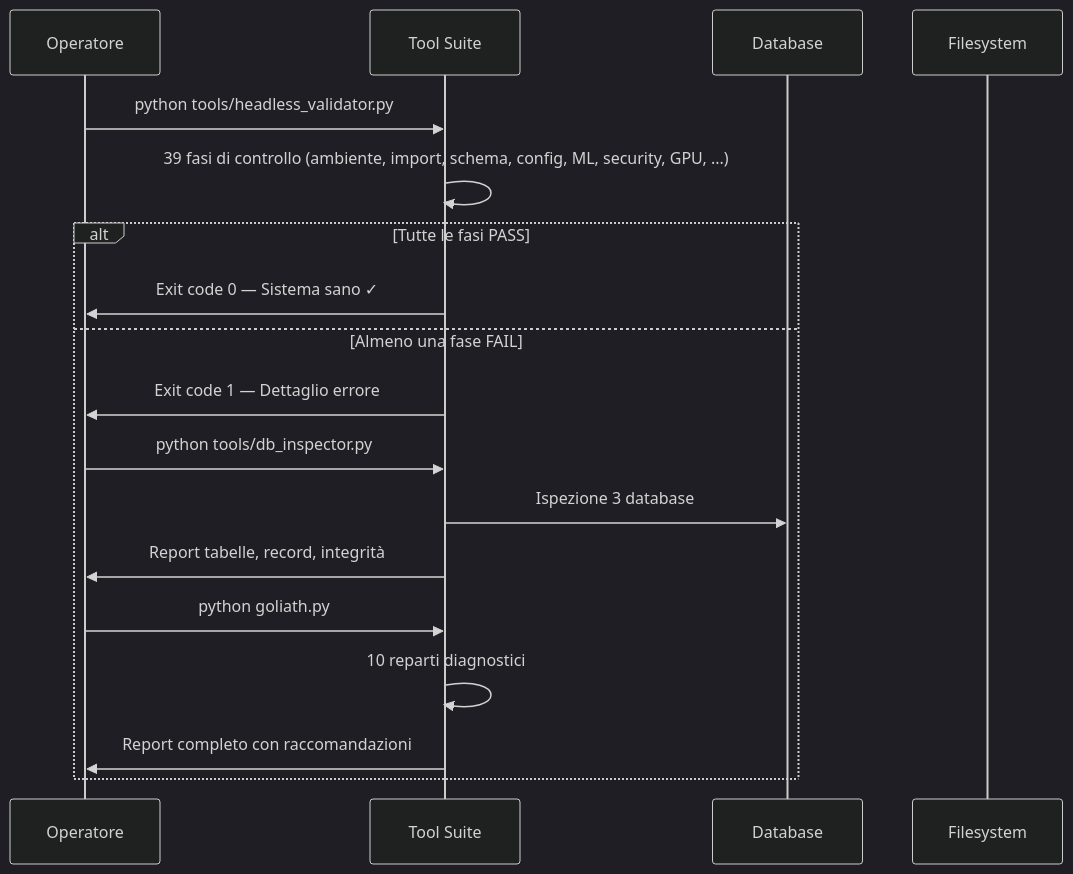
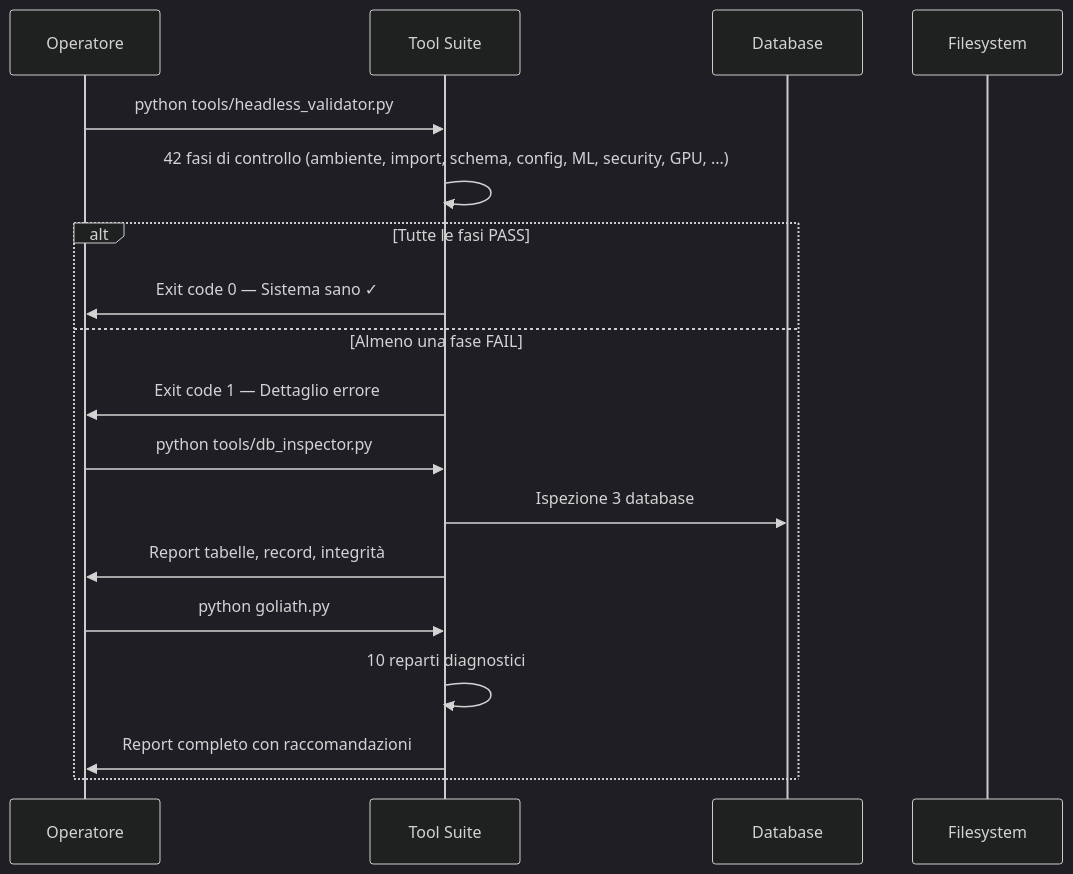
One commit to renanaugustomacena-ux/Counter-Strike-coach-AI changed diagram 37 of 52 in docs/books/Book-Coach-3.md. Above: the diagram before and after it, drawn with Mermaid (dark theme). The commit also changed other lines of this file and 77 other files, not shown here.

````diff
--- a/docs/books/Book-Coach-3.md
+++ b/docs/books/Book-Coach-3.md
@@ -1993,21 +1993,21 @@
 ```mermaid
 sequenceDiagram
     participant OP as Operatore
     participant TOOL as Tool Suite
     participant DB as Database
     participant FS as Filesystem
 
     OP->>TOOL: python tools/headless_validator.py
-    TOOL->>TOOL: 39 fasi di controllo (ambiente, import, schema, config, ML, security, GPU, ...)
+    TOOL->>TOOL: 42 fasi di controllo (ambiente, import, schema, config, ML, security, GPU, ...)
     alt Tutte le fasi PASS
         TOOL->>OP: Exit code 0 — Sistema sano ✓
     else Almeno una fase FAIL
         TOOL->>OP: Exit code 1 — Dettaglio errore
         OP->>TOOL: python tools/db_inspector.py
         TOOL->>DB: Ispezione 3 database
         TOOL->>OP: Report tabelle, record, integrità
         OP->>TOOL: python goliath.py
         TOOL->>TOOL: 10 reparti diagnostici
         TOOL->>OP: Report completo con raccomandazioni
     end
 ```
````
